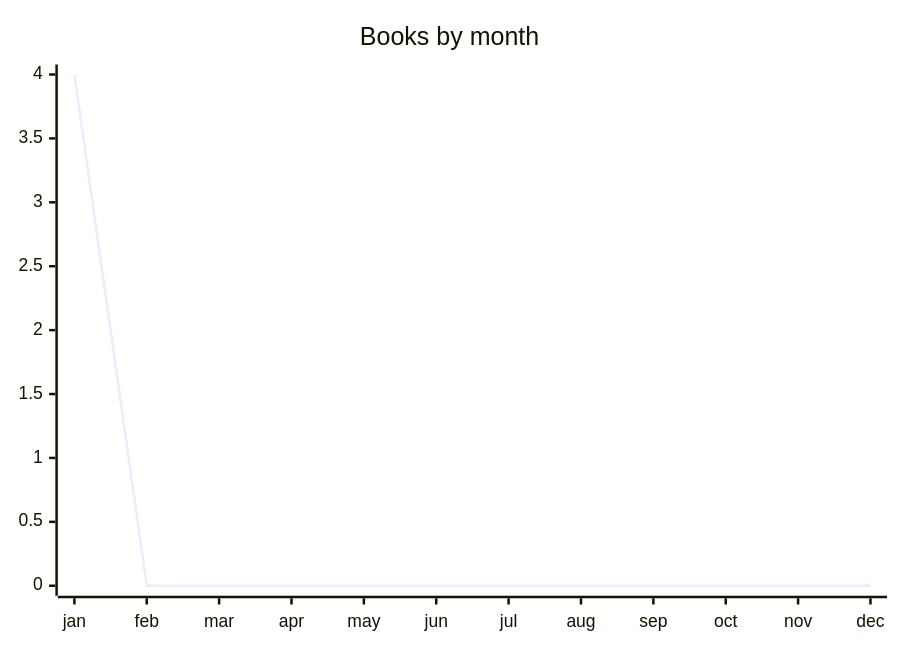
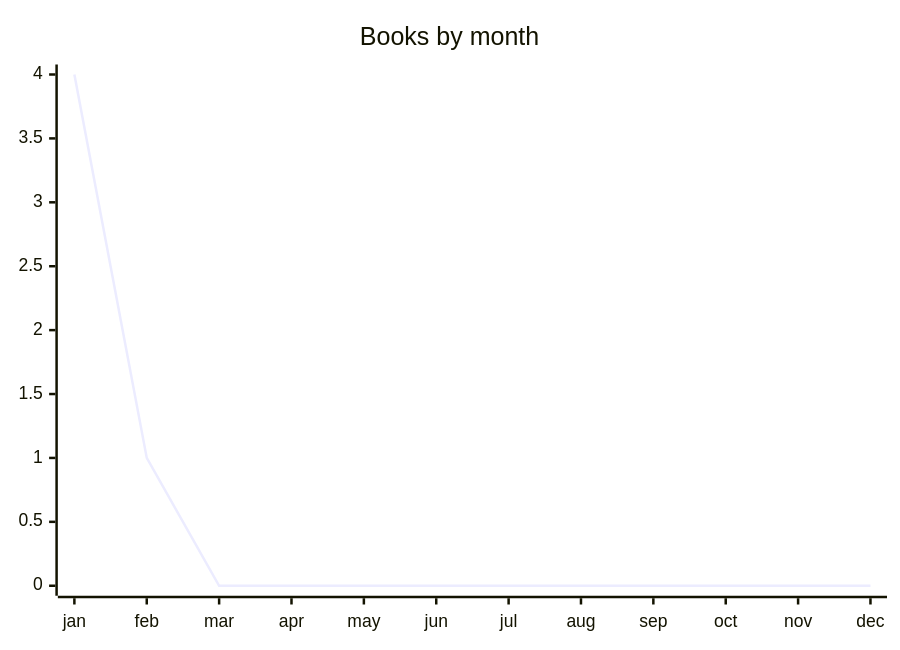
One commit to bippyboppy/bippyboppy.github.io changed the third of 3 diagrams in _posts/drafts/reading-2025.md. Above: the diagram before and after it, drawn with Mermaid. The commit also changed other lines of this file and 26 other files, not shown here.

````diff
--- a/_posts/drafts/reading-2025.md
+++ b/_posts/drafts/reading-2025.md
@@ -39,6 +51,6 @@
 ```mermaid
     xychart-beta
     title "Books by month"
     x-axis [jan, feb, mar, apr, may, jun, jul, aug, sep, oct, nov, dec]
-    line [4, 0, 0, 0, 0, 0, 0, 0, 0, 0, 0, 0]
+    line [4, 1, 0, 0, 0, 0, 0, 0, 0, 0, 0, 0]
 ```
````
